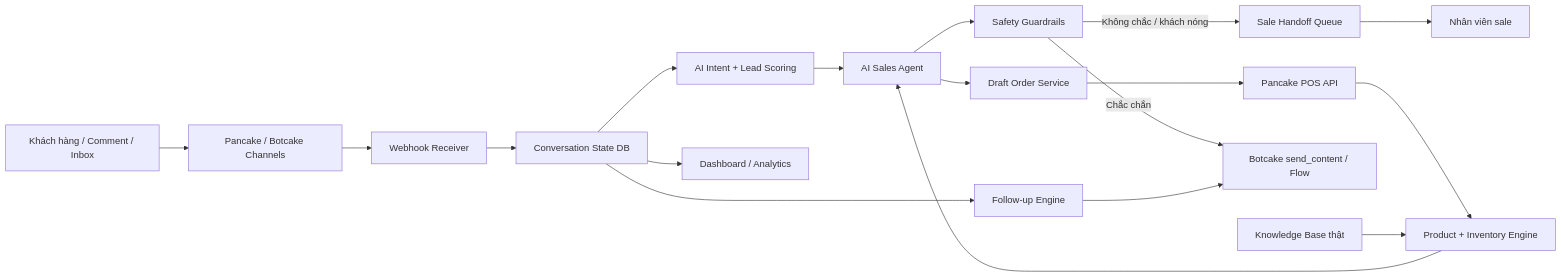
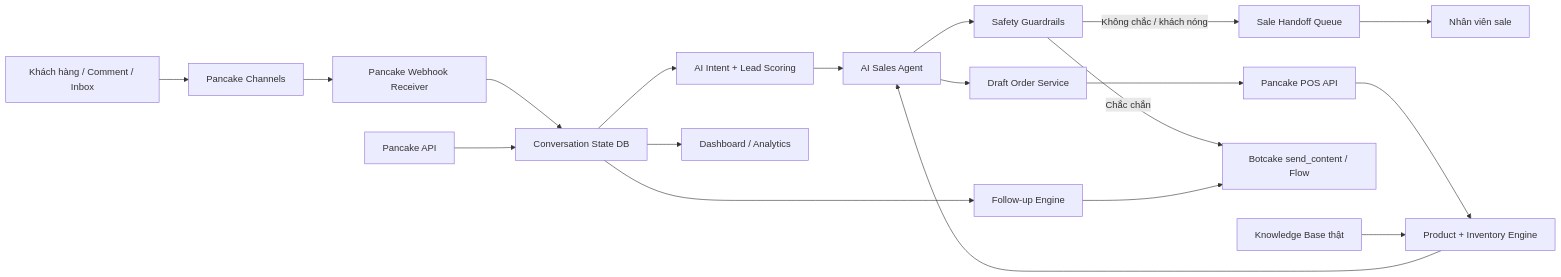
Before and after one commit to TechRate2/ai-sales-automation: the diagram in docs/unified-ai-sales-hub.md, drawn with Mermaid. The commit also changed other lines of this file and 8 other files, not shown here.

Commit message:
document pancake api workflow architecture

````diff
--- a/docs/unified-ai-sales-hub.md
+++ b/docs/unified-ai-sales-hub.md
@@ -41,20 +43,21 @@
 ```mermaid
 flowchart LR
-  Customer["Khách hàng / Comment / Inbox"] --> Pancake["Pancake / Botcake Channels"]
-  Pancake --> Webhook["Webhook Receiver"]
+  Customer["Khách hàng / Comment / Inbox"] --> Pancake["Pancake Channels"]
+  Pancake --> Webhook["Pancake Webhook Receiver"]
   Webhook --> State["Conversation State DB"]
   State --> Intent["AI Intent + Lead Scoring"]
+  PancakeApi["Pancake API"] --> State
   POS["Pancake POS API"] --> Catalog["Product + Inventory Engine"]
   KB["Knowledge Base thật"] --> Catalog
   Catalog --> AI["AI Sales Agent"]
   Intent --> AI
   AI --> Guardrail["Safety Guardrails"]
   Guardrail -->|Chắc chắn| Botcake["Botcake send_content / Flow"]
   Guardrail -->|Không chắc / khách nóng| Handoff["Sale Handoff Queue"]
   Handoff --> Sale["Nhân viên sale"]
   AI --> Draft["Draft Order Service"]
   Draft --> POS
   State --> Followup["Follow-up Engine"]
   Followup --> Botcake
   State --> Analytics["Dashboard / Analytics"]
 ```
````
